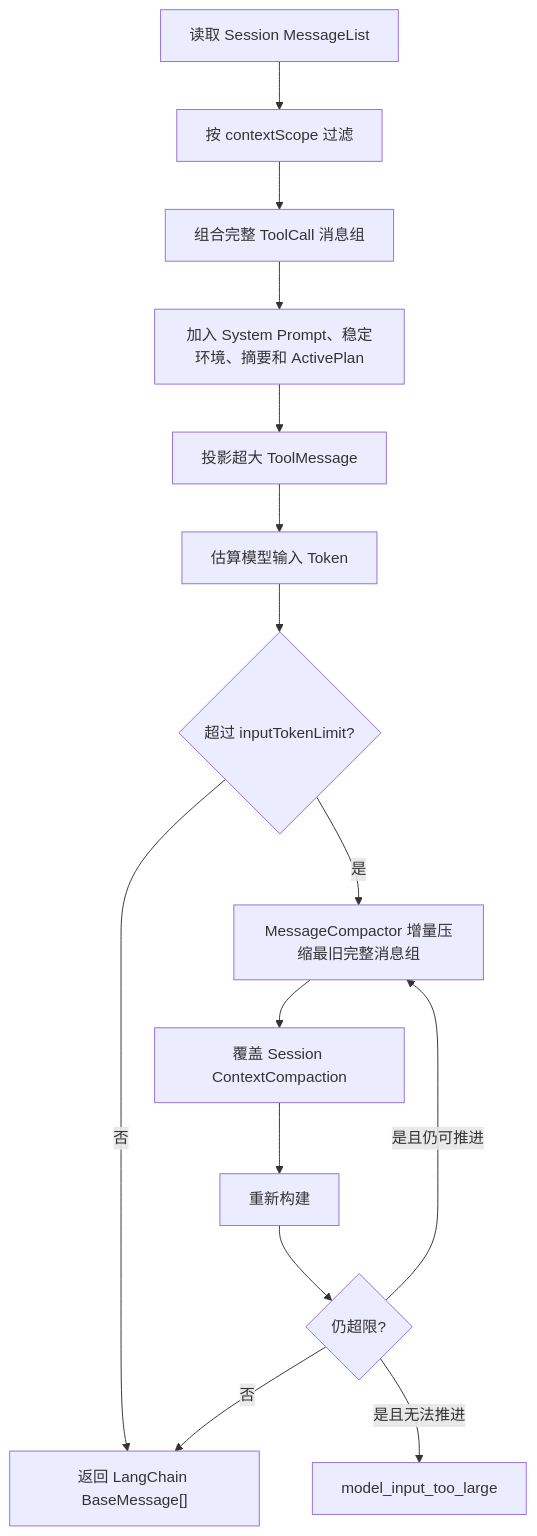
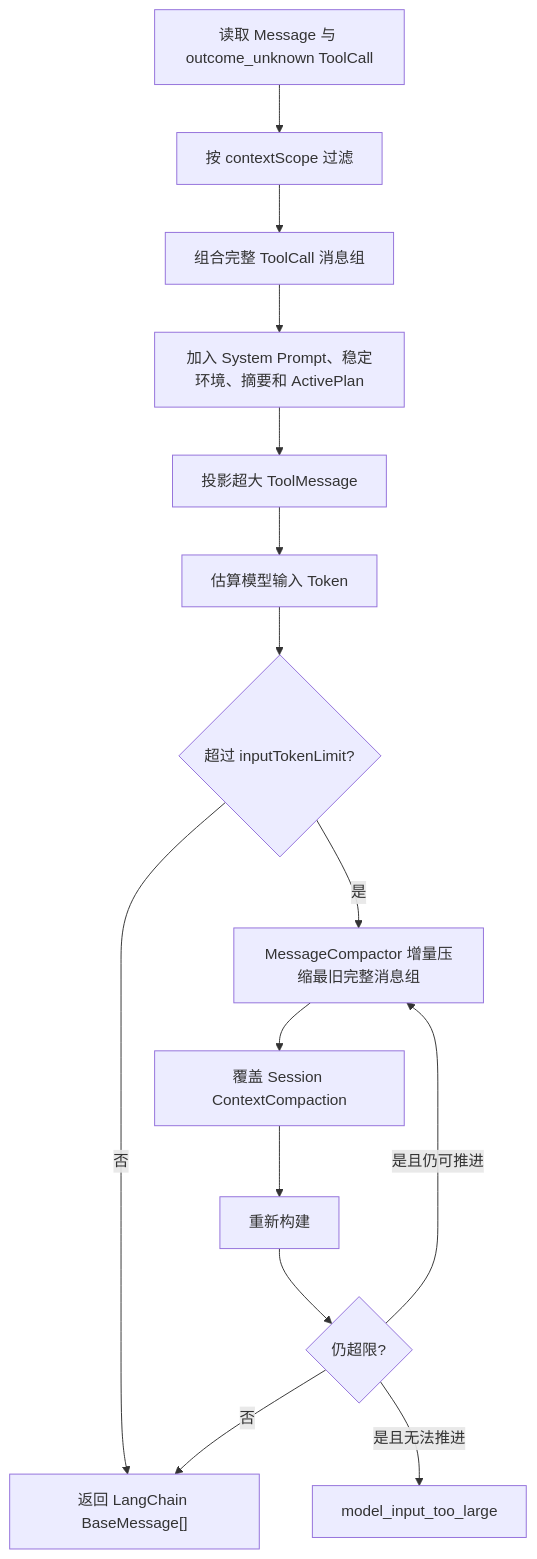
The diagram in docs/03-context-plan-view-and-events.md (lucyonegit/agent-runtime-v2), drawn with Mermaid before and after one commit. The commit also changed other lines of this file and 5 other files, not shown here.

````diff
--- a/docs/03-context-plan-view-and-events.md
+++ b/docs/03-context-plan-view-and-events.md
@@ -7,17 +7,17 @@
 ```mermaid
 flowchart TD
-    A["读取 Session MessageList"] --> B["按 contextScope 过滤"]
+    A["读取 Message 与 outcome_unknown ToolCall"] --> B["按 contextScope 过滤"]
     B --> C["组合完整 ToolCall 消息组"]
     C --> D["加入 System Prompt、稳定环境、摘要和 ActivePlan"]
     D --> E["投影超大 ToolMessage"]
     E --> F["估算模型输入 Token"]
     F --> G{"超过 inputTokenLimit?"}
     G -->|否| H["返回 LangChain BaseMessage[]"]
     G -->|是| I["MessageCompactor 增量压缩最旧完整消息组"]
     I --> J["覆盖 Session ContextCompaction"]
     J --> K["重新构建"]
     K --> L{"仍超限?"}
     L -->|否| H
     L -->|是且仍可推进| I
     L -->|是且无法推进| M["model_input_too_large"]
 ```
````
